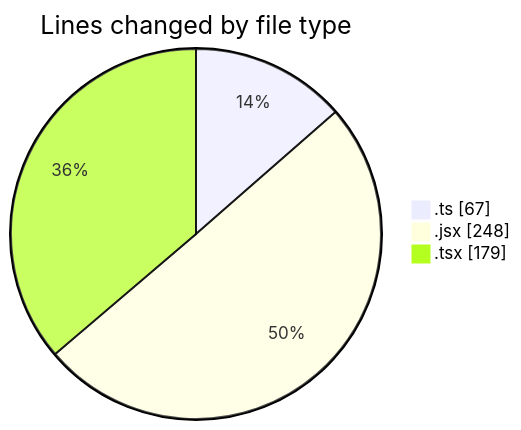
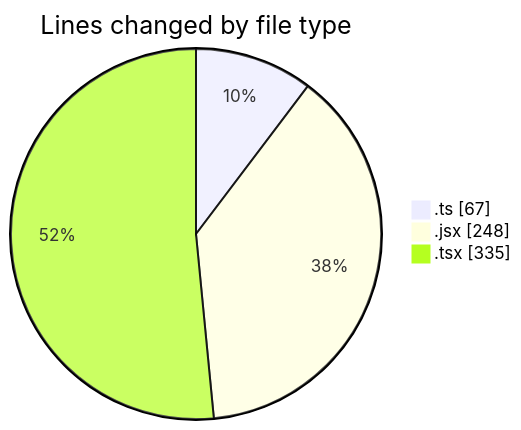
Before and after one commit to robertbonfada/code-tracking: the first of 2 diagrams in 2025-02-08/termonied-web/README.md, drawn with Mermaid. The commit also changed other lines of this file and 1 other file, not shown here.

````diff
--- a/2025-02-08/termonied-web/README.md
+++ b/2025-02-08/termonied-web/README.md
@@ -23,7 +24,7 @@
 ```mermaid
 pie showData
 title Lines changed by file type
 ".ts" : 67
 ".jsx" : 248
-".tsx" : 179
+".tsx" : 335
 ```
````
